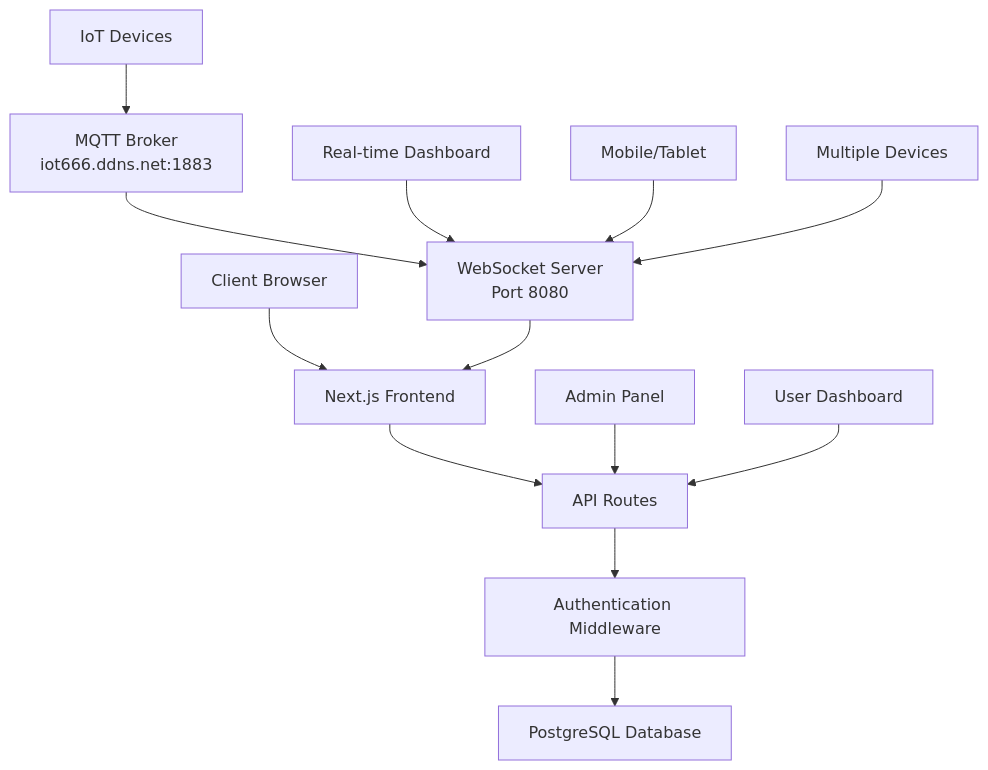
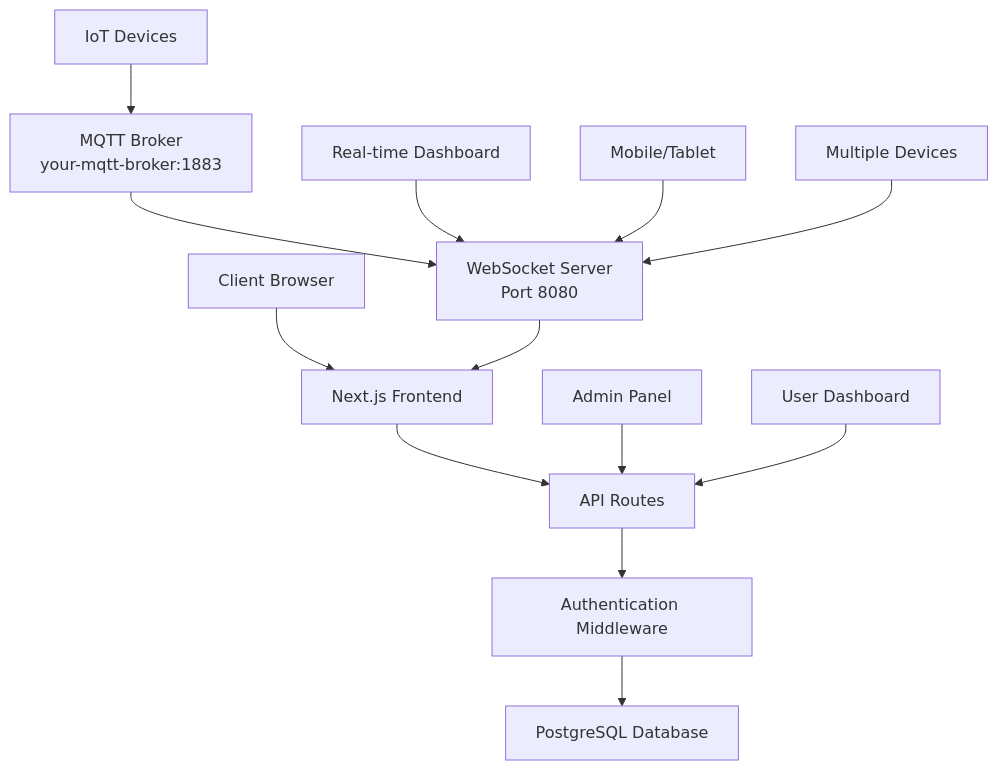
Before and after one commit to JackPoramet/Next.JS: the first of 2 diagrams in README.md, drawn with Mermaid. The commit also changed other lines of this file, not shown here.

Commit message:
fix: update MQTT broker and database URL examples for security and clarity

````diff
--- a/README.md
+++ b/README.md
@@ -168,18 +168,18 @@
 ```mermaid
 graph TB
     A[Client Browser] --> B[Next.js Frontend]
     B --> C[API Routes]
     C --> D[Authentication Middleware]
     D --> E[PostgreSQL Database]
     
-    F[IoT Devices] --> G[MQTT Broker<br/>iot666.ddns.net:1883]
+    F[IoT Devices] --> G[MQTT Broker<br/>your-mqtt-broker:1883]
     G --> H[WebSocket Server<br/>Port 8080]
     H --> B
     
     I[Admin Panel] --> C
     J[User Dashboard] --> C
     K[Real-time Dashboard] --> H
     
     L[Mobile/Tablet] --> H
     M[Multiple Devices] --> H
 ```
````
